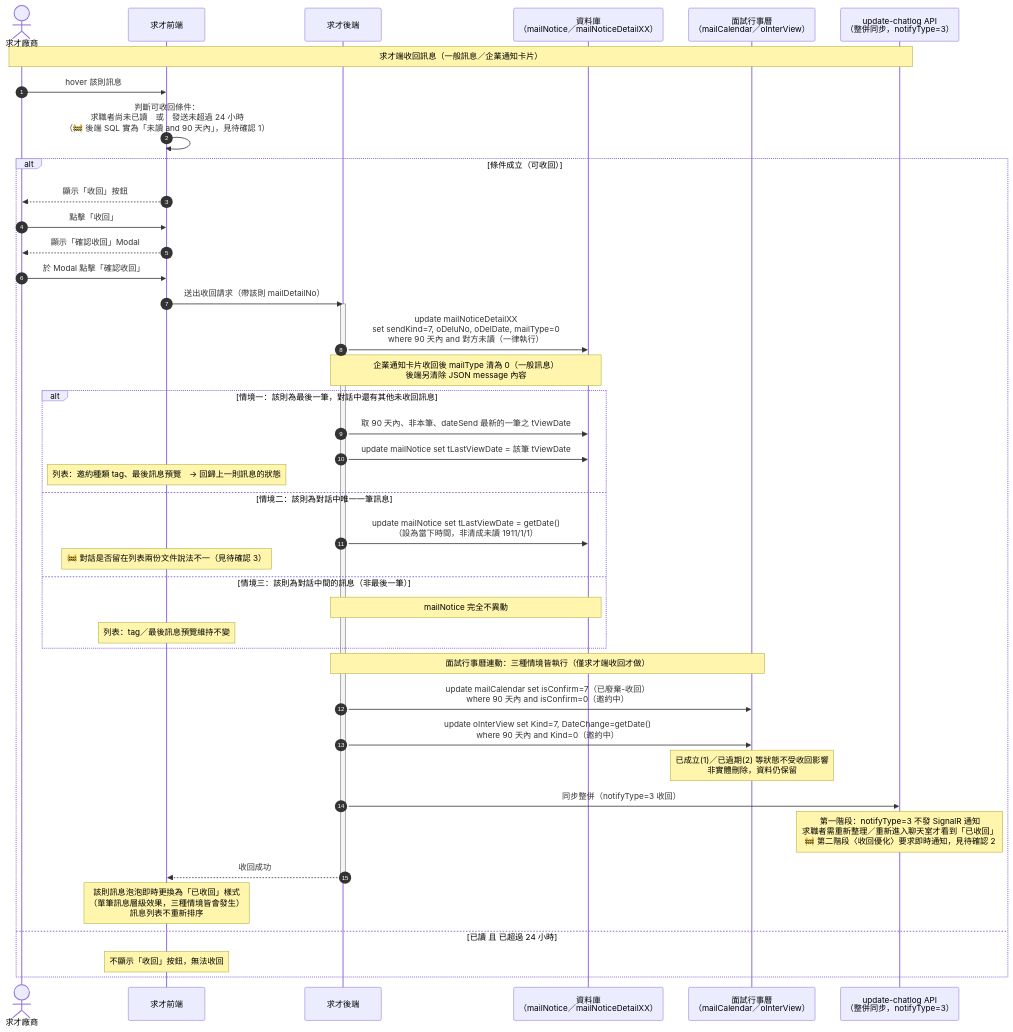
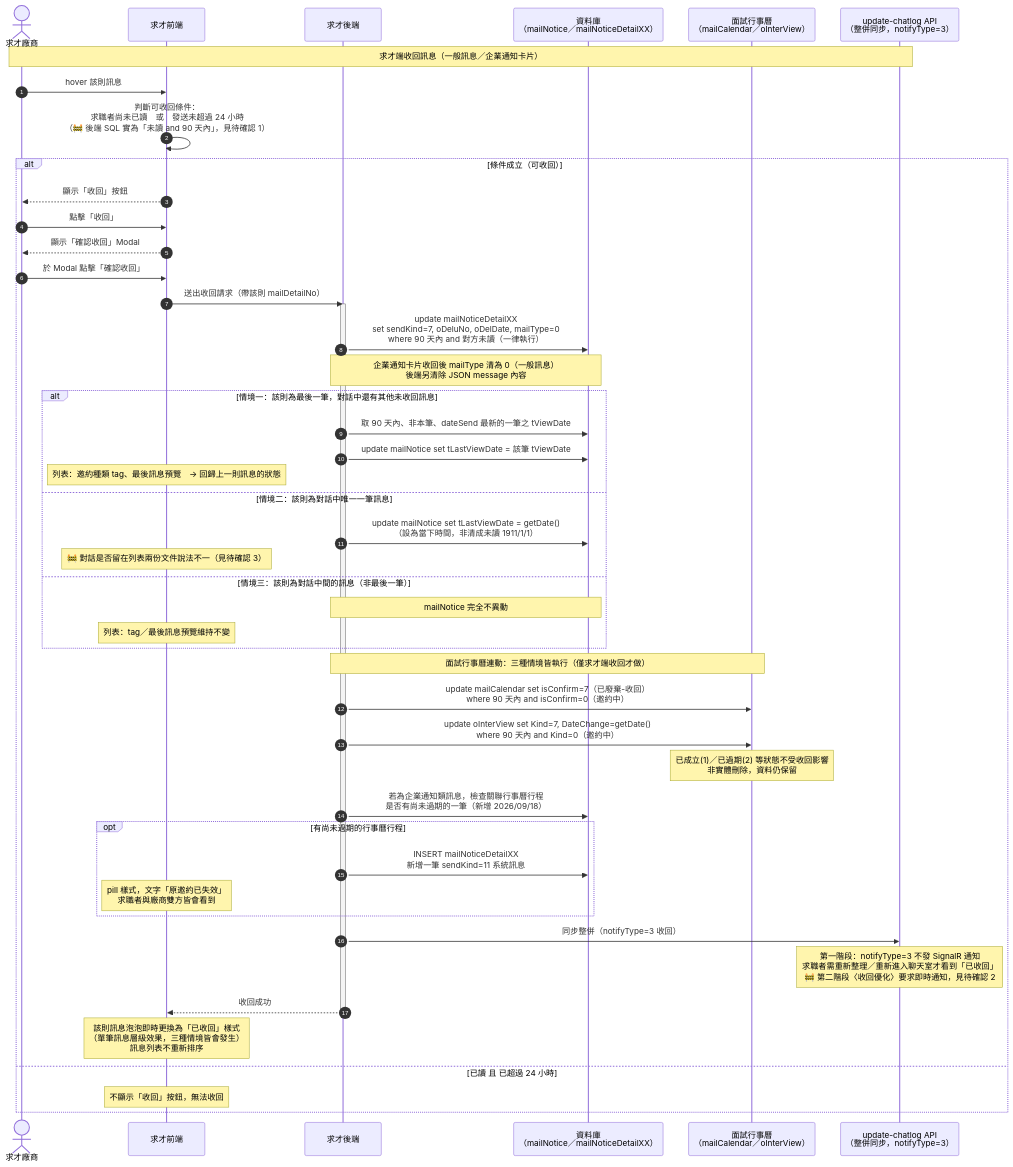
One commit to SulfurCreek/main changed the fourth of 4 diagrams in notes/uS9-跨系統流程與後端邏輯.md. Above: the diagram before and after it, drawn with Mermaid. The commit also changed other lines of this file and 2 other files, not shown here.

````diff
--- a/notes/uS9-跨系統流程與後端邏輯.md
+++ b/notes/uS9-跨系統流程與後端邏輯.md
@@ -895,54 +922,60 @@
 ```mermaid
 sequenceDiagram
     autonumber
 
     actor Emp as 求才廠商
     participant RF as 求才前端
     participant RB as 求才後端
     participant DB as 資料庫<br>（mailNotice／mailNoticeDetailXX）
     participant Cal as 面試行事曆<br>（mailCalendar／oInterView）
     participant Push as update-chatlog API<br>（整併同步，notifyType=3）
 
     Note over Emp,Push: 求才端收回訊息（一般訊息／企業通知卡片）
 
     Emp->>RF: hover 該則訊息
     RF->>RF: 判斷可收回條件：<br>求職者尚未已讀　或　發送未超過 24 小時<br>（🚧 後端 SQL 實為「未讀 and 90 天內」，見待確認 1）
 
     alt 條件成立（可收回）
         RF-->>Emp: 顯示「收回」按鈕
         Emp->>RF: 點擊「收回」
         RF-->>Emp: 顯示「確認收回」Modal
         Emp->>RF: 於 Modal 點擊「確認收回」
         RF->>RB: 送出收回請求（帶該則 mailDetailNo）
         activate RB
 
         RB->>DB: update mailNoticeDetailXX<br>set sendKind=7, oDeluNo, oDelDate, mailType=0<br>where 90 天內 and 對方未讀（一律執行）
         Note over RB,DB: 企業通知卡片收回後 mailType 清為 0（一般訊息）<br>後端另清除 JSON message 內容
 
         alt 情境一：該則為最後一筆，對話中還有其他未收回訊息
             RB->>DB: 取 90 天內、非本筆、dateSend 最新的一筆之 tViewDate
             RB->>DB: update mailNotice set tLastViewDate = 該筆 tViewDate
             Note over RF: 列表：邀約種類 tag、最後訊息預覽　→ 回歸上一則訊息的狀態
         else 情境二：該則為對話中唯一一筆訊息
             RB->>DB: update mailNotice set tLastViewDate = getDate()<br>（設為當下時間，非清成未讀 1911/1/1）
             Note over RF: 🚧 對話是否留在列表兩份文件說法不一（見待確認 3）
         else 情境三：該則為對話中間的訊息（非最後一筆）
             Note over RB,DB: mailNotice 完全不異動
             Note over RF: 列表：tag／最後訊息預覽維持不變
         end
 
         Note over RB,Cal: 面試行事曆連動：三種情境皆執行（僅求才端收回才做）
         RB->>Cal: update mailCalendar set isConfirm=7（已廢棄-收回）<br>where 90 天內 and isConfirm=0（邀約中）
         RB->>Cal: update oInterView set Kind=7, DateChange=getDate()<br>where 90 天內 and Kind=0（邀約中）
         Note over Cal: 已成立(1)／已過期(2) 等狀態不受收回影響<br>非實體刪除，資料仍保留
 
+        RB->>DB: 若為企業通知類訊息，檢查關聯行事曆行程<br>是否有尚未過期的一筆（新增 2026/09/18）
+        opt 有尚未過期的行事曆行程
+            RB->>DB: INSERT mailNoticeDetailXX<br>新增一筆 sendKind=11 系統訊息
+            Note over RF: pill 樣式，文字「原邀約已失效」<br>求職者與廠商雙方皆會看到
+        end
+
         RB->>Push: 同步整併（notifyType=3 收回）
         Note over Push: 第一階段：notifyType=3 不發 SignalR 通知<br>求職者需重新整理／重新進入聊天室才看到「已收回」<br>🚧 第二階段〈收回優化〉要求即時通知，見待確認 2
         RB-->>RF: 收回成功
         deactivate RB
         Note over RF: 該則訊息泡泡即時更換為「已收回」樣式<br>（單筆訊息層級效果，三種情境皆會發生）<br>訊息列表不重新排序
 
     else 已讀 且 已超過 24 小時
         Note over RF: 不顯示「收回」按鈕，無法收回
     end
 ```
````
